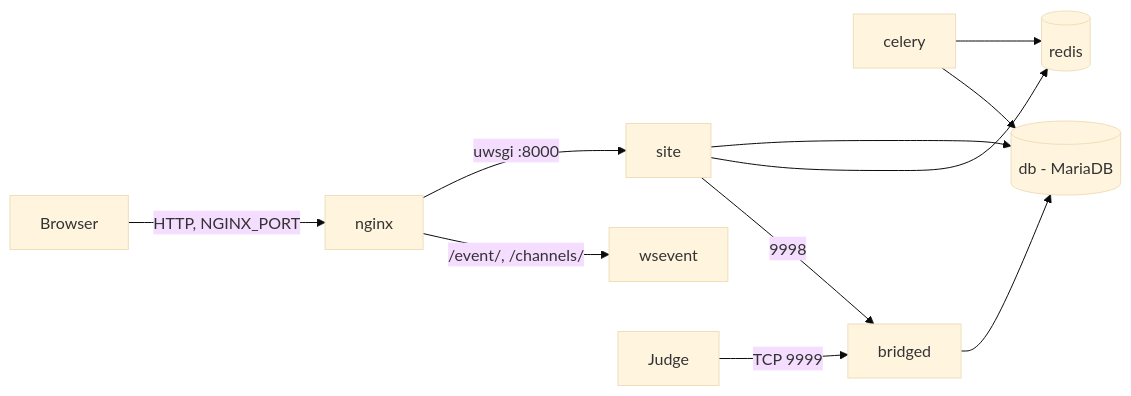
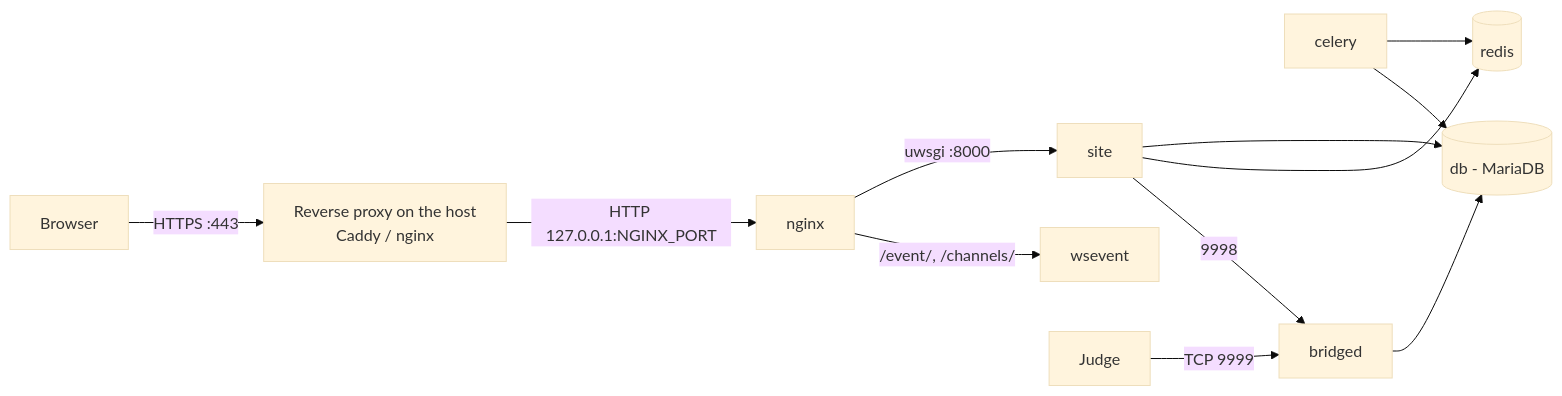
The first of 2 diagrams in src/en/operate/installation.md (luyencode/docs), drawn with Mermaid (base theme) before and after one commit. The commit also changed other lines of this file and 70 other files, not shown here.

````diff
--- a/src/en/operate/installation.md
+++ b/src/en/operate/installation.md
@@ -32,13 +32,14 @@
 ```mermaid
 flowchart LR
-  U[Browser] -->|HTTP, NGINX_PORT| N[nginx]
+  U[Browser] -->|HTTPS :443| P[Reverse proxy on the host<br/>Caddy / nginx]
+  P -->|HTTP 127.0.0.1:NGINX_PORT| N[nginx]
   N -->|uwsgi :8000| S[site]
   N -->|/event/, /channels/| W[wsevent]
   S --> DB[(db - MariaDB)]
   S --> R[(redis)]
   C[celery] --> R
   C --> DB
   J[Judge] -->|TCP 9999| B[bridged]
   S -->|9998| B
   B --> DB
 ```
````
